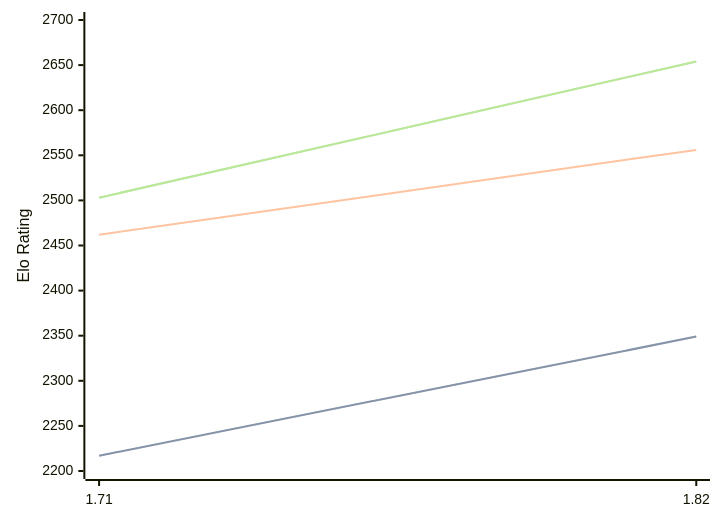
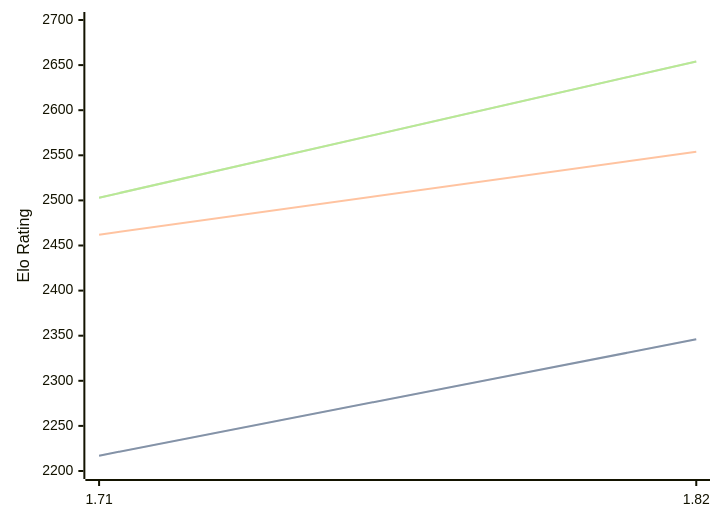
Before and after one commit to computer-chess-index/cci: the diagram in engines/Amira.md, drawn with Mermaid. The commit also changed other lines of this file, not shown here.

Commit message:
Update CCI Ratings (ELO VLTC) - 2026-04-02

````diff
--- a/engines/Amira.md
+++ b/engines/Amira.md
@@ -35,11 +35,11 @@
 ```mermaid
 %%{init: {"theme":"base","themeVariables":{"seriesColors:['#a3a3a3','#222221','#faa371']}}}%%
 xychart-beta
   x-axis ["1.71", "1.82"]
   y-axis "Elo Rating" 2200 --> 2700
-  line "STC (8.0+0.08s)" [2217, 2349]
-  line "STC (8.0+0.08s)" [2217, 2349]
-  line "LTC (60.0+0.60s)" [2462, 2556]
+  line "STC (8.0+0.08s)" [2217, 2346]
+  line "STC (8.0+0.08s)" [2217, 2346]
+  line "LTC (60.0+0.60s)" [2462, 2554]
   line "VLTC (2m24s+1.12s)" [2503, 2654]
   line "VLTC (2m24s+1.12s)" [2503, 2654]
 ```
````
